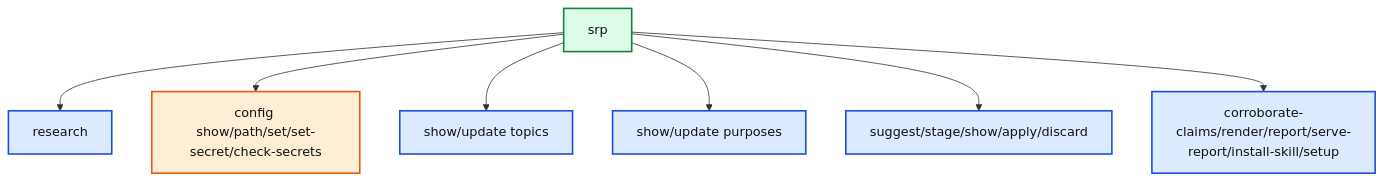
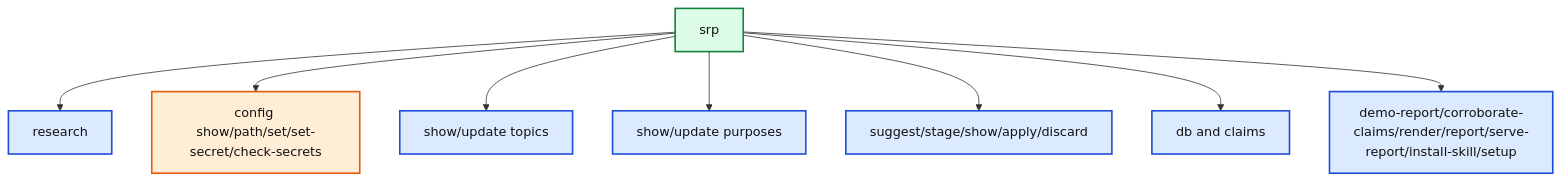
One commit to reshinto/social-research-probe changed the diagram in docs/diagrams/src/command-surface.mmd. Above: the diagram before and after it, drawn with Mermaid. The commit also changed 49 other files, not shown here.

```diff
--- a/docs/diagrams/src/command-surface.mmd
+++ b/docs/diagrams/src/command-surface.mmd
@@ -1,19 +1,20 @@
 %%{init: {"theme":"base","themeVariables":{"background":"#ffffff","mainBkg":"#ffffff","primaryTextColor":"#111111","lineColor":"#333333","fontFamily":"Arial, sans-serif","clusterBkg":"#ffffff","clusterBorder":"#d0d7de"}}}%%
 flowchart TB
   SRP["srp"] --> Research["research"]
   SRP --> Config["config show/path/set/set-secret/check-secrets"]
   SRP --> Topics["show/update topics"]
   SRP --> Purposes["show/update purposes"]
   SRP --> Suggestions["suggest/stage/show/apply/discard"]
-  SRP --> Render["corroborate-claims/render/report/serve-report/install-skill/setup"]
+  SRP --> Review["db and claims"]
+  SRP --> Render["demo-report/corroborate-claims/render/report/serve-report/install-skill/setup"]
 
   classDef input fill:#dcfce7,stroke:#15803d,color:#111111,stroke-width:2px;
   classDef process fill:#dbeafe,stroke:#1d4ed8,color:#111111,stroke-width:2px;
   classDef analysis fill:#fef3c7,stroke:#d97706,color:#111111,stroke-width:2px;
   classDef external fill:#ccfbf1,stroke:#0f766e,color:#111111,stroke-width:2px;
   classDef output fill:#ede9fe,stroke:#7c3aed,color:#111111,stroke-width:2px;
   classDef config fill:#ffedd5,stroke:#ea580c,color:#111111,stroke-width:2px;
   classDef risk fill:#fee2e2,stroke:#dc2626,color:#111111,stroke-width:2px;
   class SRP input;
-  class Research,Topics,Purposes,Suggestions,Render process;
+  class Research,Topics,Purposes,Suggestions,Render,Review process;
   class Config config;
```
